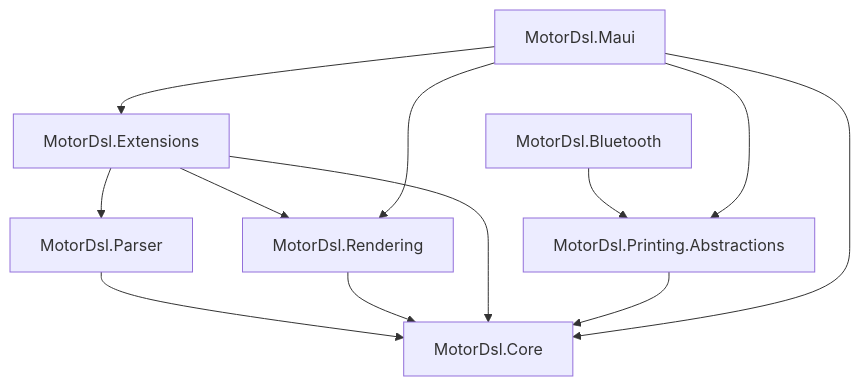
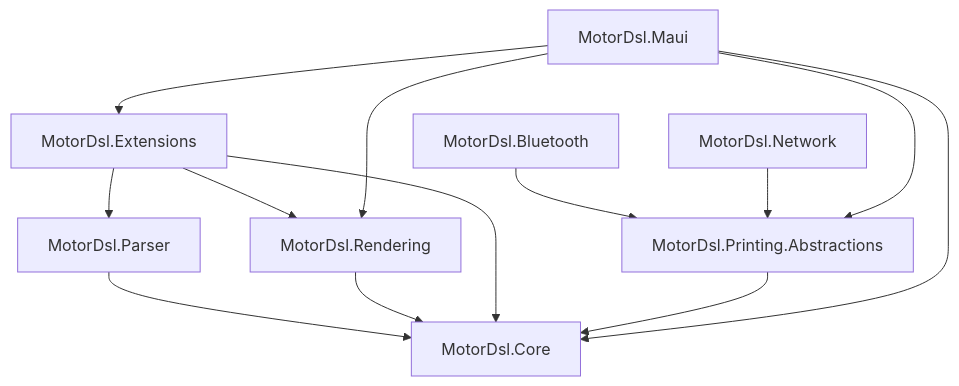
One commit to hdcm-dev/ThermalPrint.MotorDsl.Core.Documentacion changed the first of 2 diagrams in ia-db/indexes/00_MASTER-INDEX.md. Above: the diagram before and after it, drawn with Mermaid. The commit also changed other lines of this file and 19 other files, not shown here.

````diff
--- a/ia-db/indexes/00_MASTER-INDEX.md
+++ b/ia-db/indexes/00_MASTER-INDEX.md
@@ -43,15 +45,16 @@
 ```mermaid
 graph TD
     Core[MotorDsl.Core]
     Parser[MotorDsl.Parser] --> Core
     Rendering[MotorDsl.Rendering] --> Core
     Ext[MotorDsl.Extensions] --> Core
     Ext --> Parser
     Ext --> Rendering
     PA[MotorDsl.Printing.Abstractions] --> Core
     BT[MotorDsl.Bluetooth] --> PA
+    NET[MotorDsl.Network] --> PA
     Maui[MotorDsl.Maui] --> Core
     Maui --> Rendering
     Maui --> Ext
     Maui --> PA
 ```
````
